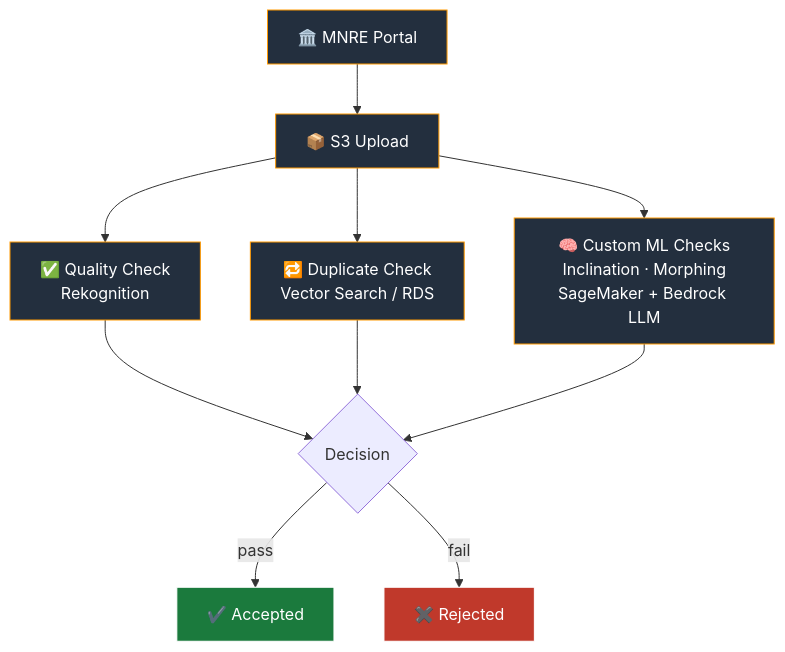
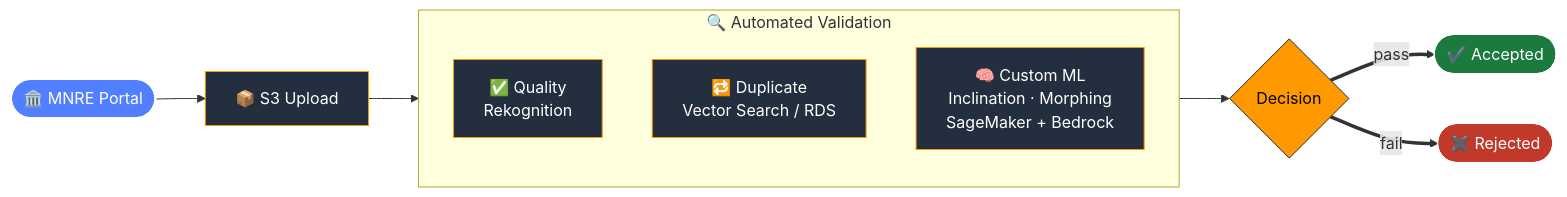
One commit to adityapandita97/adityapandita97.github.io changed the third of 6 diagrams in README.md. Above: the diagram before and after it, drawn with Mermaid. The commit also changed other lines of this file, not shown here.

Commit message:
Make project diagrams horizontal + more dynamic (LR flow, edge labels, shaped nodes)

````diff
--- a/README.md
+++ b/README.md
@@ -140,18 +141,24 @@
 ```mermaid
-flowchart TB
-    P["🏛️ MNRE Portal"] --> S3["📦 S3 Upload"]
-    S3 --> Q["✅ Quality Check<br/>Rekognition"]
-    S3 --> D["🔁 Duplicate Check<br/>Vector Search / RDS"]
-    S3 --> M["🧠 Custom ML Checks<br/>Inclination · Morphing<br/>SageMaker + Bedrock LLM"]
-    Q --> R{"Decision"}
-    D --> R
-    M --> R
-    R -->|pass| A["✔️ Accepted"]
-    R -->|fail| X["✖️ Rejected"]
+flowchart LR
+    P(["🏛️ MNRE Portal"]) --> S3["📦 S3 Upload"]
+    S3 --> CHK
+    subgraph CHK["🔍 Automated Validation"]
+        direction TB
+        Q["✅ Quality<br/>Rekognition"]
+        D["🔁 Duplicate<br/>Vector Search / RDS"]
+        M["🧠 Custom ML<br/>Inclination · Morphing<br/>SageMaker + Bedrock"]
+    end
+    CHK --> R{"Decision"}
+    R ==>|pass| A(["✔️ Accepted"])
+    R ==>|fail| X(["✖️ Rejected"])
+    classDef portal fill:#527FFF,stroke:#fff,color:#fff,stroke-width:2px;
     classDef svc fill:#232F3E,stroke:#FF9900,color:#fff;
+    classDef dec fill:#FF9900,stroke:#232F3E,color:#000;
     classDef ok fill:#1b7a3d,stroke:#fff,color:#fff;
     classDef no fill:#c0392b,stroke:#fff,color:#fff;
-    class P,S3,Q,D,M svc;
+    class P portal;
+    class S3,Q,D,M svc;
+    class R dec;
     class A ok;
     class X no;
 ```
````
